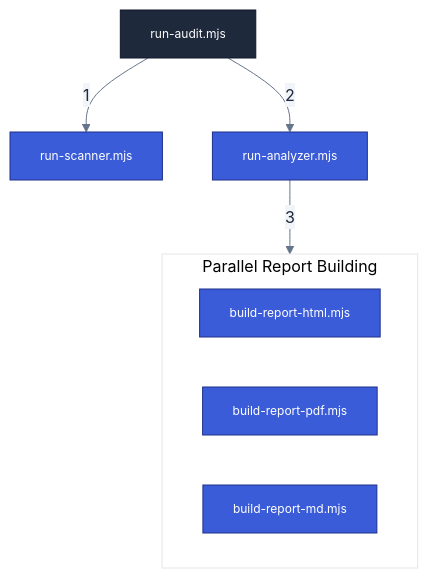
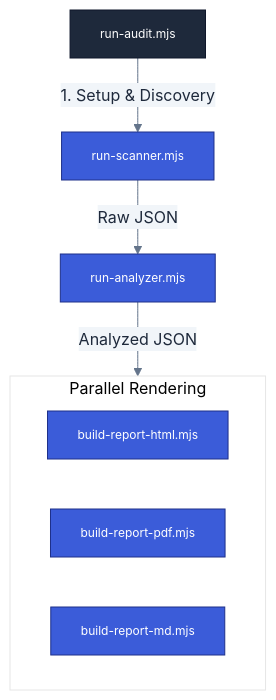
One commit to diegovelasquezweb/a11y-skill changed the diagram in docs/scripts-catalog.md. Above: the diagram before and after it, drawn with Mermaid. The commit also changed other lines of this file, not shown here.

Commit message:
docs: update scripts catalog with refined execution workflow, data flow, and categorized descriptions

````diff
--- a/docs/scripts-catalog.md
+++ b/docs/scripts-catalog.md
@@ -13,19 +13,21 @@
 ```mermaid
 %%{init: { 'theme': 'base', 'themeVariables': { 'primaryColor': '#3b5cd9', 'primaryTextColor': '#1e293b', 'primaryBorderColor': '#1e308a', 'lineColor': '#64748b', 'secondaryColor': '#f1f5f9', 'tertiaryColor': '#fff', 'mainBkg': '#fff', 'nodeBorder': '#e2e8f0' } } }%%
 flowchart TD
-    A[run-audit.mjs] -- 1 --> C[run-scanner.mjs]
-    A -- 2 --> D[run-analyzer.mjs]
-    subgraph Reports["Parallel Report Building"]
+    A[run-audit.mjs] -- 1. Setup & Discovery --> C[run-scanner.mjs]
+    C -- Raw JSON --> D[run-analyzer.mjs]
+
+    subgraph P ["Parallel Rendering"]
     E[build-report-html.mjs]
     G[build-report-pdf.mjs]
     F[build-report-md.mjs]
     end
-    D -- 3 --> Reports
+
+    D -- Analyzed JSON --> P
 
     classDef default font-family:Inter,sans-serif,font-size:12px;
     classDef core fill:#3b5cd9,color:#fff,stroke:#1e308a;
     classDef orchestrator fill:#1e293b,color:#fff,stroke:#0f172a;
 
     class A orchestrator;
     class C,D,E,F,G core;
 ```
````
